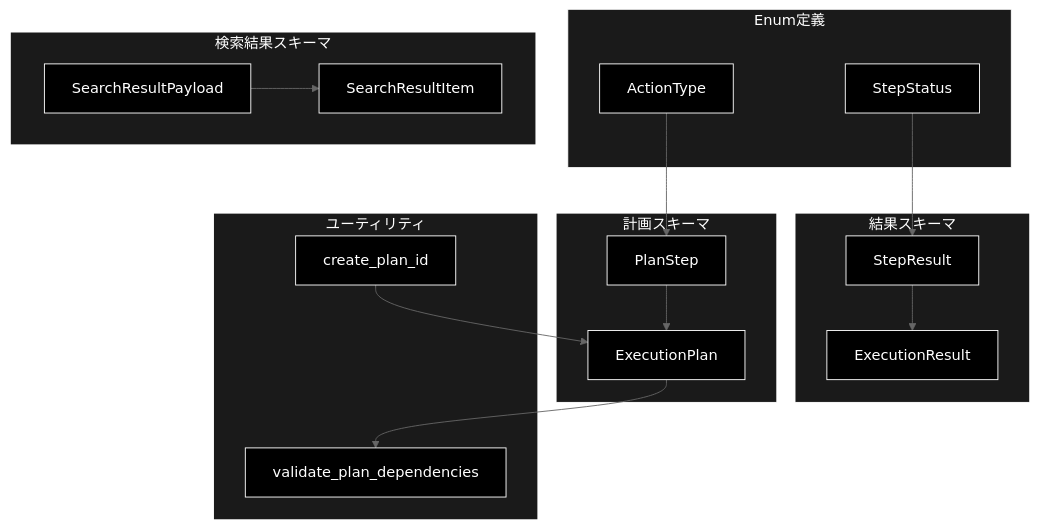
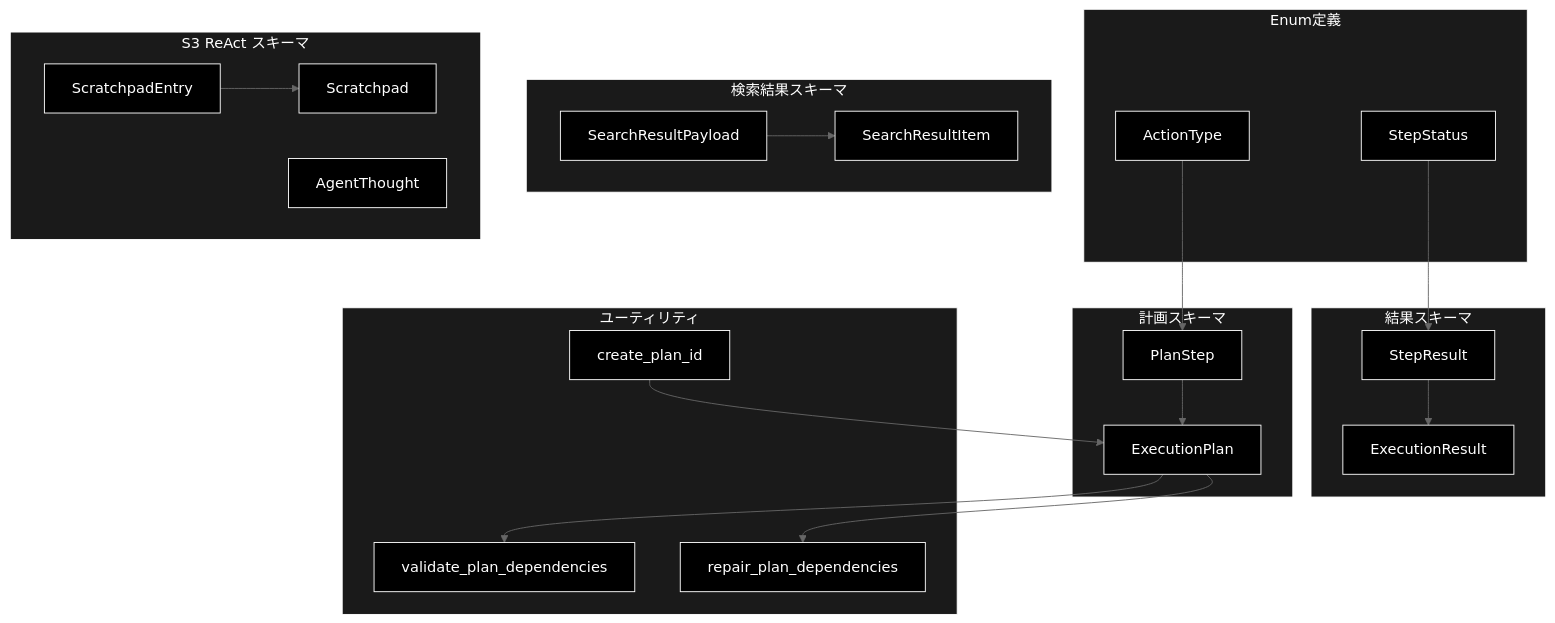
One commit to nakashima2toshio/grace_v2_local changed the second of 4 diagrams in grace/docs/schemas.md. Above: the diagram before and after it, drawn with Mermaid (neutral theme). The commit also changed other lines of this file and 9 other files, not shown here.

````diff
--- a/grace/docs/schemas.md
+++ b/grace/docs/schemas.md
@@ -105,43 +105,53 @@
 ```mermaid
 flowchart TB
     subgraph ENUMS["Enum定義"]
         AT["ActionType"]
         SS["StepStatus"]
     end
 
     subgraph PLAN["計画スキーマ"]
         PS["PlanStep"]
         EP["ExecutionPlan"]
     end
 
     subgraph RESULT["結果スキーマ"]
         SR["StepResult"]
         ER["ExecutionResult"]
     end
 
     subgraph SEARCH["検索結果スキーマ"]
         SRP["SearchResultPayload"]
         SRI["SearchResultItem"]
     end
 
+    subgraph REACT["S3 ReAct スキーマ"]
+        SPE["ScratchpadEntry"]
+        SP["Scratchpad"]
+        ATH["AgentThought"]
+    end
+
     subgraph UTILS["ユーティリティ"]
         CPI["create_plan_id"]
         VPD["validate_plan_dependencies"]
+        RPD["repair_plan_dependencies"]
     end
 
     AT --> PS
     SS --> SR
     PS --> EP
     SR --> ER
     SRP --> SRI
+    SPE --> SP
     EP --> VPD
+    EP --> RPD
     CPI --> EP
 classDef default fill:#000,stroke:#fff,color:#fff
 classDef subgraphStyle fill:#1a1a1a,stroke:#fff,color:#fff
-class AT,SS,PS,EP,SR,ER,SRP,SRI,CPI,VPD default
+class AT,SS,PS,EP,SR,ER,SRP,SRI,SPE,SP,ATH,CPI,VPD,RPD default
 style ENUMS fill:#1a1a1a,stroke:#fff,color:#fff
 style PLAN fill:#1a1a1a,stroke:#fff,color:#fff
 style RESULT fill:#1a1a1a,stroke:#fff,color:#fff
 style SEARCH fill:#1a1a1a,stroke:#fff,color:#fff
+style REACT fill:#1a1a1a,stroke:#fff,color:#fff
 style UTILS fill:#1a1a1a,stroke:#fff,color:#fff
 ```
````
